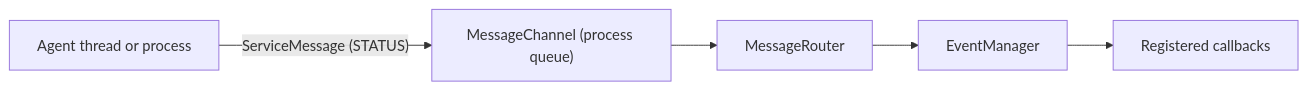
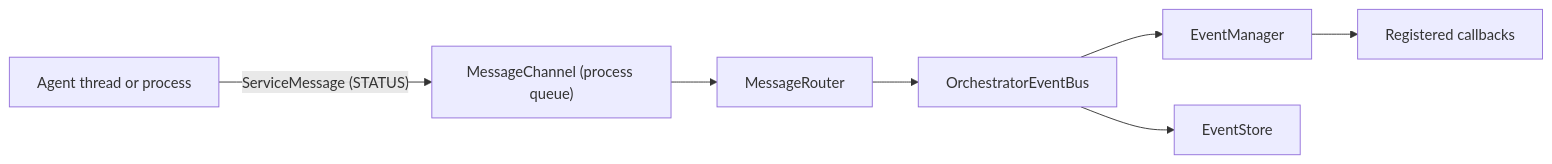
The diagram in docs/advanced/orchestrator-internals/index.mdx (giulio333/PyOrchestrate), drawn with Mermaid before and after one commit. The commit also changed other lines of this file and 4 other files, not shown here.

````diff
--- a/docs/advanced/orchestrator-internals/index.mdx
+++ b/docs/advanced/orchestrator-internals/index.mdx
@@ -37,7 +37,9 @@
 ```mermaid
 flowchart LR
     A["Agent thread or process"] -->|"ServiceMessage (STATUS)"| C["MessageChannel (process queue)"]
     C --> R["MessageRouter"]
-    R --> M["EventManager"]
-    M --> B["Registered callbacks"]
+    R --> B["OrchestratorEventBus"]
+    B --> M["EventManager"]
+    B --> S["EventStore"]
+    M --> K["Registered callbacks"]
 ```
````
